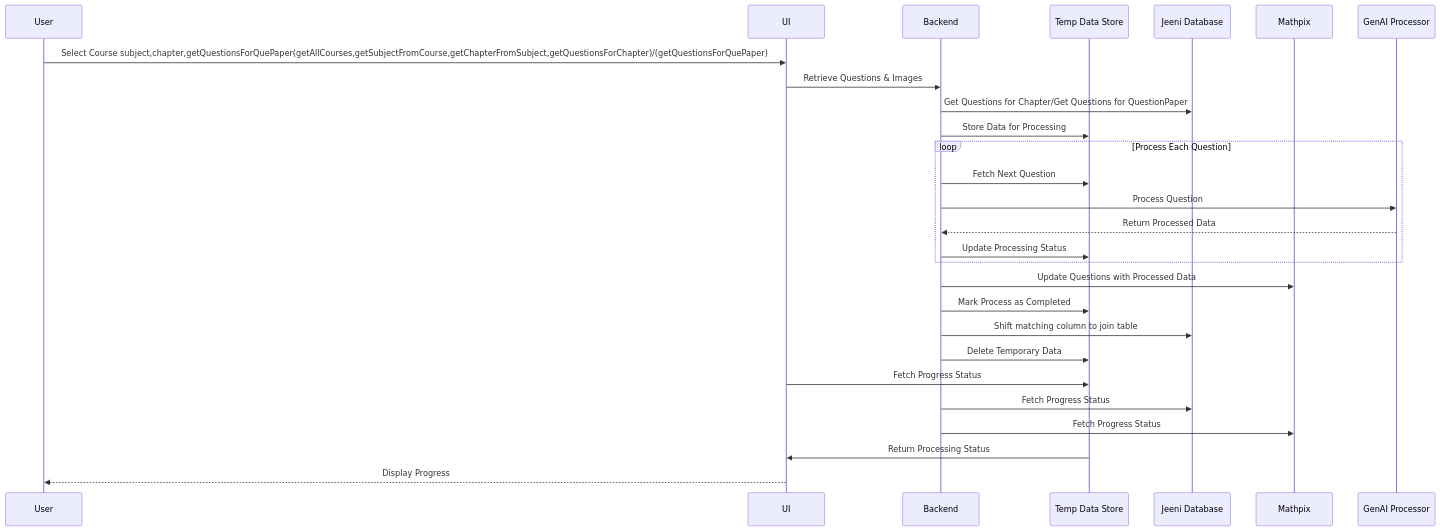
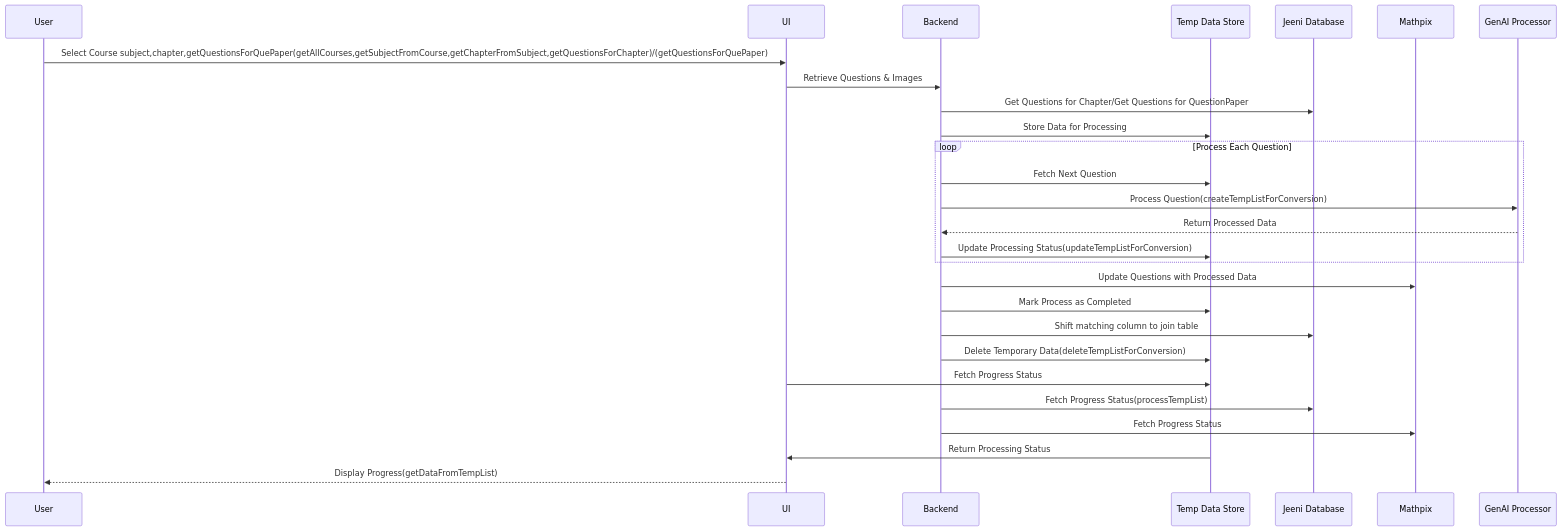
The diagram in docs/sequence_digram.md (MayuriSutar12/Documentation), drawn with Mermaid before and after one commit.

````diff
--- a/docs/sequence_digram.md
+++ b/docs/sequence_digram.md
@@ -2,38 +2,38 @@
 ```mermaid
 sequenceDiagram
     participant User as User
     participant UI as UI
     participant Backend as Backend
     participant TempDB as Temp Data Store
     participant JeeniDB as Jeeni Database
     participant Mathpix as Mathpix
     participant GenAI as GenAI Processor
 
     User ->> UI: Select Course subject,chapter,getQuestionsForQuePaper(getAllCourses,getSubjectFromCourse,getChapterFromSubject,getQuestionsForChapter)/(getQuestionsForQuePaper)
 
 
     UI ->> Backend: Retrieve Questions & Images
     Backend ->> JeeniDB: Get Questions for Chapter/Get Questions for QuestionPaper
     Backend ->> TempDB: Store Data for Processing
 
     loop Process Each Question
         Backend ->> TempDB: Fetch Next Question
-        Backend ->> GenAI: Process Question
+        Backend ->> GenAI: Process Question(createTempListForConversion)
         GenAI -->> Backend: Return Processed Data
-        Backend ->> TempDB: Update Processing Status
+        Backend ->> TempDB: Update Processing Status(updateTempListForConversion)
     end
 
     Backend ->> Mathpix: Update Questions with Processed Data
     Backend ->> TempDB: Mark Process as Completed
     Backend ->> JeeniDB: Shift matching column to join table
-    Backend ->> TempDB: Delete Temporary Data
+    Backend ->> TempDB: Delete Temporary Data(deleteTempListForConversion)
 
 
     UI ->> TempDB: Fetch Progress Status
-   Backend ->> JeeniDB: Fetch Progress Status
+   Backend ->> JeeniDB: Fetch Progress Status(processTempList)
   Backend ->> Mathpix: Fetch Progress Status 
     TempDB ->> UI: Return Processing Status
-    UI -->> User: Display Progress
+    UI -->> User: Display Progress(getDataFromTempList)
 
 
 ```
````
